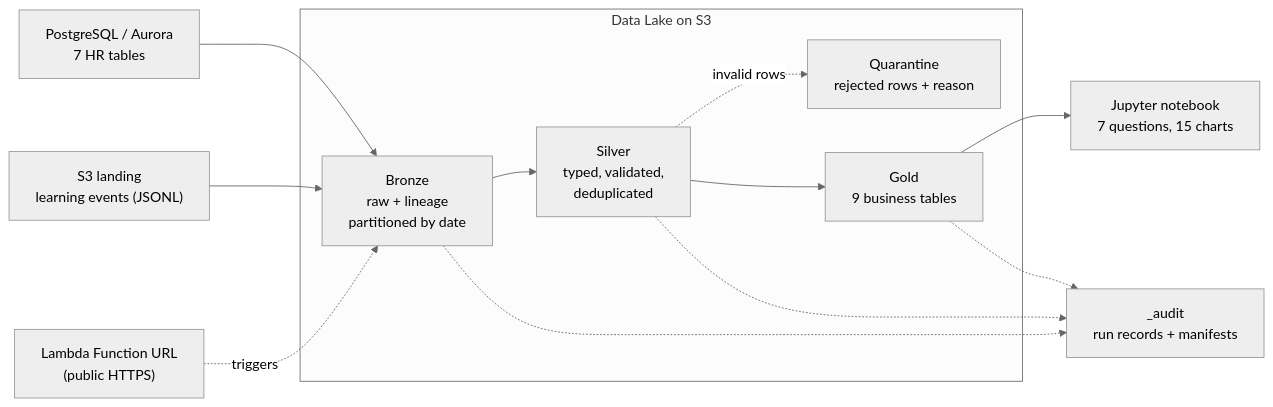
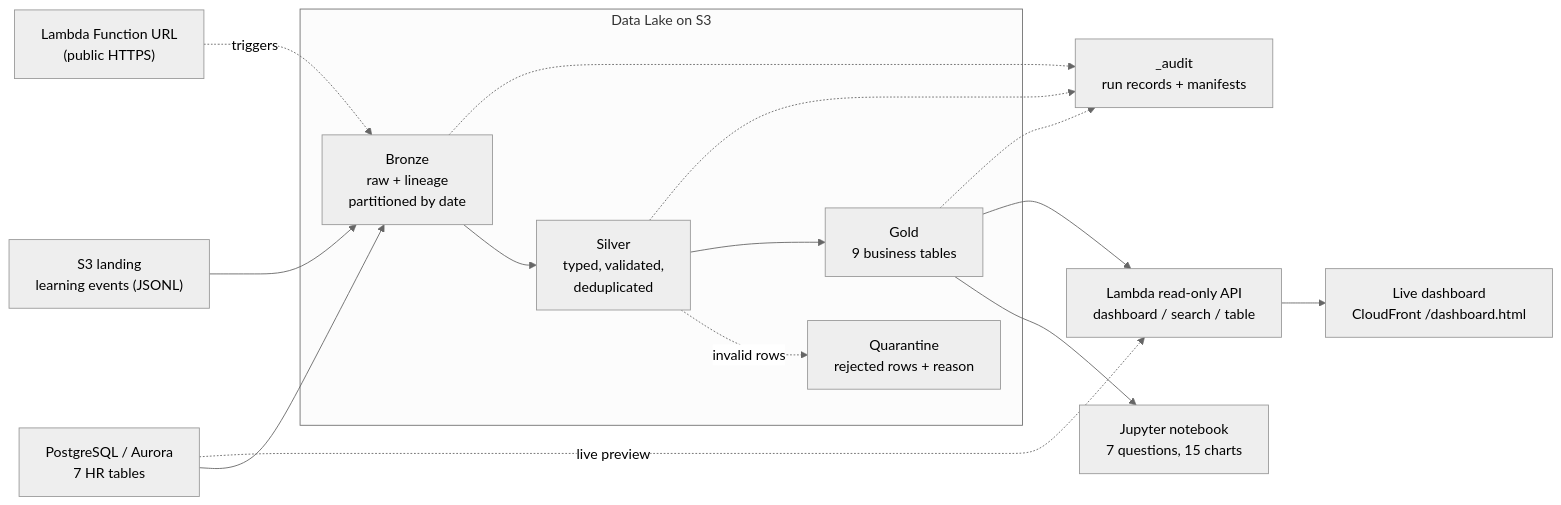
The diagram in backend/acme-perf-etl/README.md (hamzaikram2026/employee-performance-analytics-etl), drawn with Mermaid (neutral theme) before and after one commit. The commit also changed other lines of this file, not shown here.

Commit message:
README: traceability, read-only API, live dashboard and end-to-end proof

````diff
--- a/backend/acme-perf-etl/README.md
+++ b/backend/acme-perf-etl/README.md
@@ -22,25 +48,30 @@
 ```mermaid
 graph LR
     PG["PostgreSQL / Aurora<br/>7 HR tables"]
     S3L["S3 landing<br/>learning events (JSONL)"]
     subgraph Data Lake on S3
         B["Bronze<br/>raw + lineage<br/>partitioned by date"]
         S["Silver<br/>typed, validated,<br/>deduplicated"]
         Q["Quarantine<br/>rejected rows + reason"]
         G["Gold<br/>9 business tables"]
     end
     A["_audit<br/>run records + manifests"]
     NB["Jupyter notebook<br/>7 questions, 15 charts"]
+    API["Lambda read-only API<br/>dashboard / search / table"]
+    DB["Live dashboard<br/>CloudFront /dashboard.html"]
     URL["Lambda Function URL<br/>(public HTTPS)"]
 
     PG --> B
     S3L --> B
     B --> S
     S -.invalid rows.-> Q
     S --> G
     G --> NB
+    G --> API
+    PG -.live preview.-> API
+    API --> DB
     URL -.triggers.-> B
     B -.-> A
     S -.-> A
     G -.-> A
 ```
````
